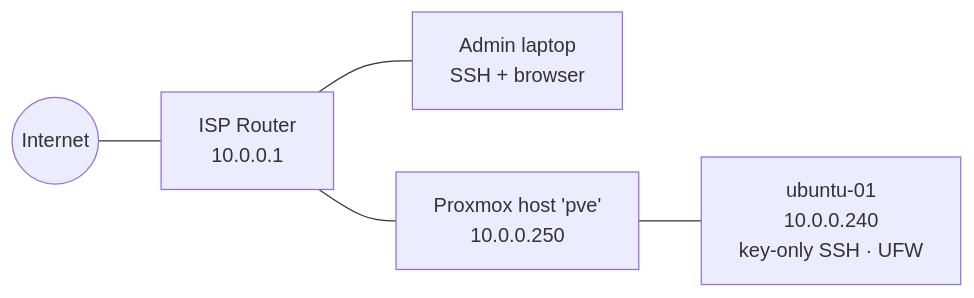
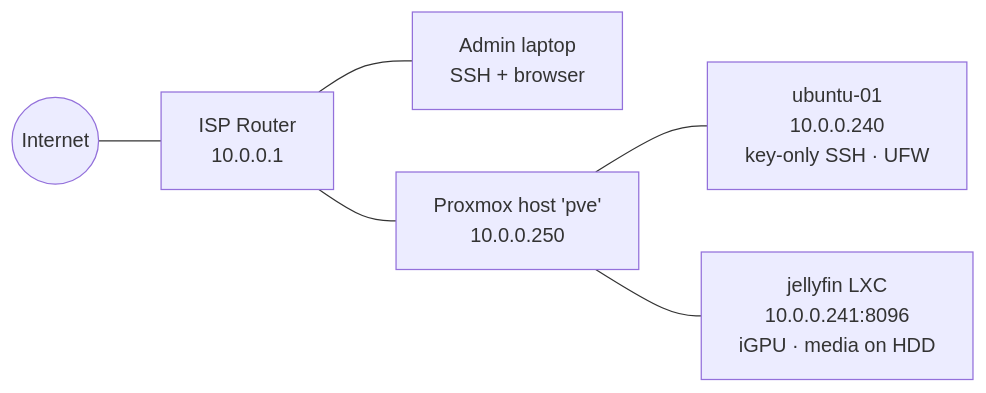
The diagram in README.md (mikemcmillan-tech/HomeLab), drawn with Mermaid before and after one commit. The commit also changed other lines of this file and 2 other files, not shown here.

First line of the commit message:
Camp 4 Sessions 1-2: Jellyfin LXC install + DNS/XOFF troubleshooting

````diff
--- a/README.md
+++ b/README.md
@@ -27,7 +28,8 @@
 ```mermaid
 flowchart LR
     Internet((Internet)) --- Router[ISP Router<br/>10.0.0.1]
     Router --- Laptop[Admin laptop<br/>SSH + browser]
     Router --- PVE[Proxmox host 'pve'<br/>10.0.0.250]
     PVE --- VM100[ubuntu-01<br/>10.0.0.240<br/>key-only SSH · UFW]
+    PVE --- CT101[jellyfin LXC<br/>10.0.0.241:8096<br/>iGPU · media on HDD]
 ```
````
